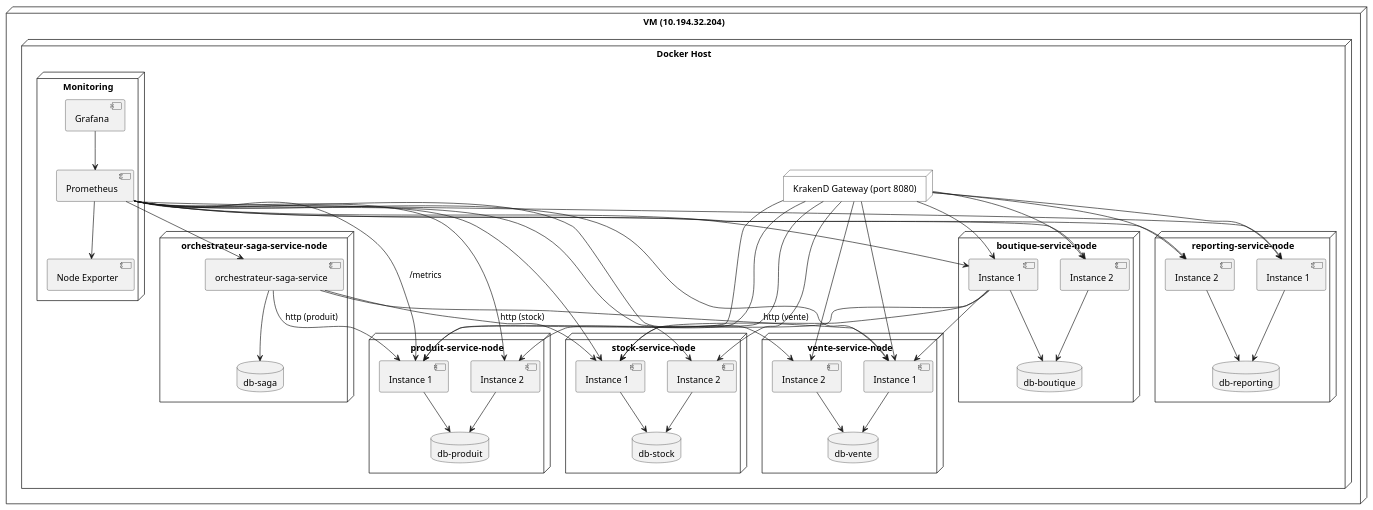
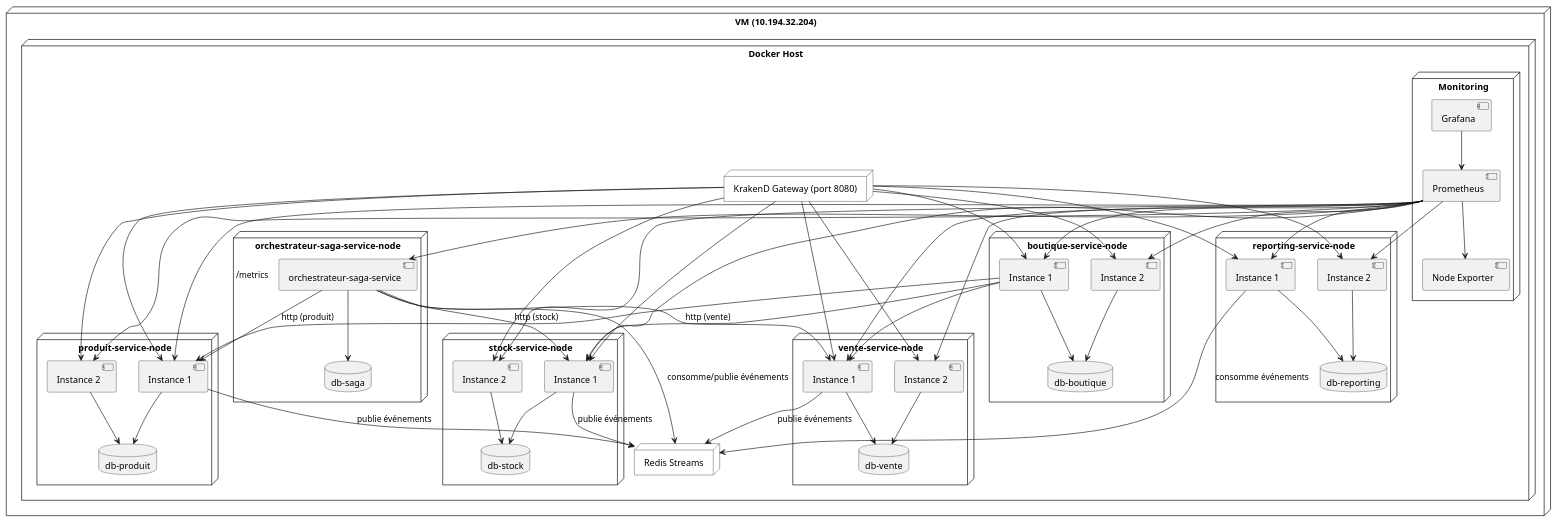
The diagram in docs/physique.puml (nathanlamy/LOG430-LABO-7), drawn with PlantUML before and after one commit. The commit also changed 11 other files, not shown here.

```diff
--- a/docs/physique.puml
+++ b/docs/physique.puml
@@ -1,105 +1,114 @@
 @startuml
 skinparam node {
   BackgroundColor White
   BorderColor Black
 }
 
 node "VM (10.194.32.204)" {
 
   node "Docker Host" {
 
     node "KrakenD Gateway (port 8080)" as krakend
 
     node "produit-service-node" {
       component "Instance 1" as produit1
       component "Instance 2" as produit2
       database "db-produit"
     }
 
     node "stock-service-node" {
       component "Instance 1" as stock1
       component "Instance 2" as stock2
       database "db-stock"
     }
 
     node "vente-service-node" {
       component "Instance 1" as vente1
       component "Instance 2" as vente2
       database "db-vente"
     }
 
     node "reporting-service-node" {
       component "Instance 1" as reporting1
       component "Instance 2" as reporting2
       database "db-reporting"
     }
 
     node "boutique-service-node" {
       component "Instance 1" as boutique1
       component "Instance 2" as boutique2
       database "db-boutique"
     }
 
     node "orchestrateur-saga-service-node" {
       component "orchestrateur-saga-service" as saga
       database "db-saga"
     }
 
     node "Monitoring" {
       component "Prometheus" as prometheus
       component "Grafana" as grafana
       component "Node Exporter" as nodeexporter
     }
+
+    node "Redis Streams" as redis
   }
 
   ' Monitoring connections
   prometheus --> produit1 : /metrics
   prometheus --> produit2
   prometheus --> stock1
   prometheus --> stock2
   prometheus --> vente1
   prometheus --> vente2
   prometheus --> reporting1
   prometheus --> reporting2
   prometheus --> boutique1
   prometheus --> boutique2
   prometheus --> saga
   prometheus --> nodeexporter
   grafana --> prometheus
 
   ' Gateway routing
   krakend --> produit1
   krakend --> produit2
   krakend --> stock1
   krakend --> stock2
   krakend --> vente1
   krakend --> vente2
   krakend --> reporting1
   krakend --> reporting2
   krakend --> boutique1
   krakend --> boutique2
 
   ' Saga calls to services
   saga --> produit1 : http (produit)
   saga --> stock1 : http (stock)
   saga --> vente1 : http (vente)
 
+  ' Redis Streams connections
+  produit1 --> redis : publie événements
+  stock1 --> redis : publie événements
+  vente1 --> redis : publie événements
+  saga --> redis : consomme/publie événements
+  reporting1 --> redis : consomme événements
+
   ' DB access
   produit1 --> "db-produit"
   produit2 --> "db-produit"
   stock1 --> "db-stock"
   stock2 --> "db-stock"
   vente1 --> "db-vente"
   vente2 --> "db-vente"
   reporting1 --> "db-reporting"
   reporting2 --> "db-reporting"
   boutique1 --> "db-boutique"
   boutique2 --> "db-boutique"
   boutique1 --> stock1
   boutique1 --> vente1
   boutique1 --> produit1
 
   saga --> "db-saga"
 }
 
 @enduml
```
